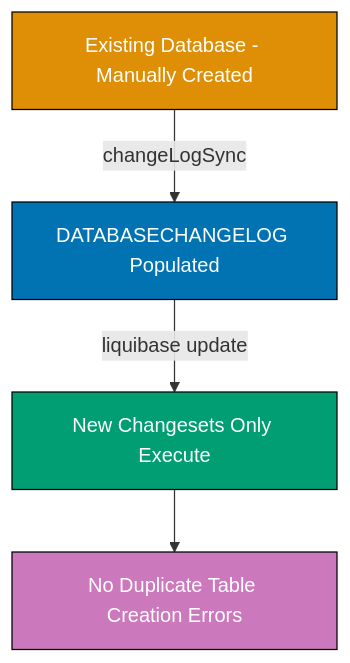
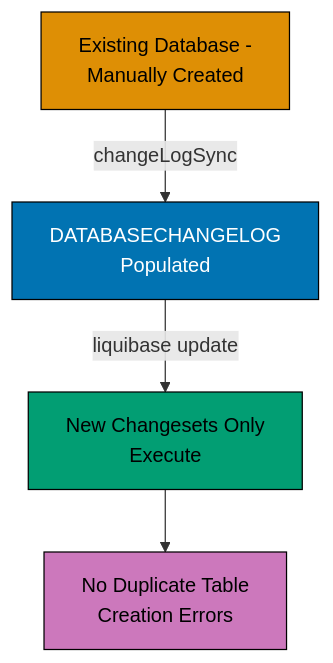
The third of 5 diagrams in apps/ayokoding-www/content/en/learn/legacy/software-engineering/data/tools/java-liquibase/by-example/intermediate.md (wahidyankf/ose-public), drawn with Mermaid before and after one commit. The commit also changed other lines of this file and 131 other files, not shown here.

First line of the commit message:
fix(mermaid): bring the legacy data, infrastructure, and testing diagrams onto the accessible palette

````diff
--- a/apps/ayokoding-www/content/en/learn/legacy/software-engineering/data/tools/java-liquibase/by-example/intermediate.md
+++ b/apps/ayokoding-www/content/en/learn/legacy/software-engineering/data/tools/java-liquibase/by-example/intermediate.md
@@ -692,12 +708,19 @@
 ```mermaid
 %% Color Palette: Blue #0173B2, Orange #DE8F05, Teal #029E73, Purple #CC78BC, Brown #CA9161
 graph TD
-    A[Existing Database - Manually Created] -->|changeLogSync| B[DATABASECHANGELOG Populated]
-    B -->|liquibase update| C[New Changesets Only Execute]
-    C --> D[No Duplicate Table Creation Errors]
+    accTitle: Example 42: changeLogSync Command
+    accDescr: Graph with 4 nodes and 3 connections. Nodes: Existing Database - Manually Created, DATABASECHANGELOG Populated, New Changesets Only Execute, No Duplicate Table Creation Errors. Connections: Existing Database - Manually Created to DATABASECHANGELOG Populated (changeLogSync), DATABASECHANGELOG Populated to New Changesets Only Execute (liquibase update), New Changesets Only Execute to No Duplicate Table Creation Errors.
+    A[Existing Database -<br/>Manually Created] -->|changeLogSync| B[DATABASECHANGELOG<br/>Populated]
+    B -->|liquibase update| C[New Changesets Only<br/>Execute]
+    C --> D[No Duplicate Table<br/>Creation Errors]
 
-    style A fill:#DE8F05,stroke:#000,color:#fff
-    style B fill:#0173B2,stroke:#000,color:#fff
-    style C fill:#029E73,stroke:#000,color:#fff
-    style D fill:#CC78BC,stroke:#000,color:#fff
+    classDef pal-DE8F05 fill:#DE8F05,stroke:#000000,color:#000000
+    class A pal-DE8F05
+    classDef pal-0173B2 fill:#0173B2,stroke:#000000,color:#FFFFFF
+    class B pal-0173B2
+    classDef pal-029E73 fill:#029E73,stroke:#000000,color:#000000
+    class C pal-029E73
+    classDef pal-CC78BC fill:#CC78BC,stroke:#000000,color:#000000
+    class D pal-CC78BC
+    classDef default fill:#FFFFFF,stroke:#000000,color:#000000
 ```
````
